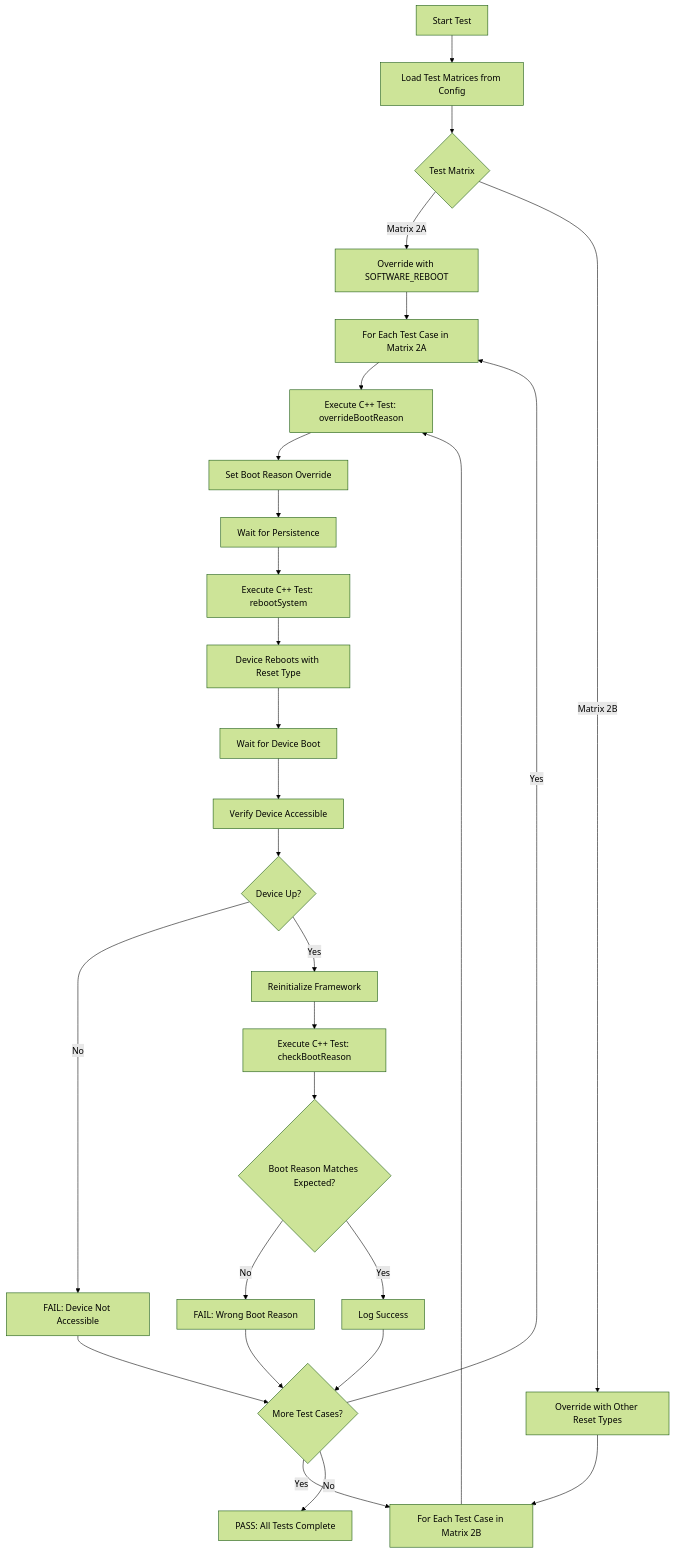
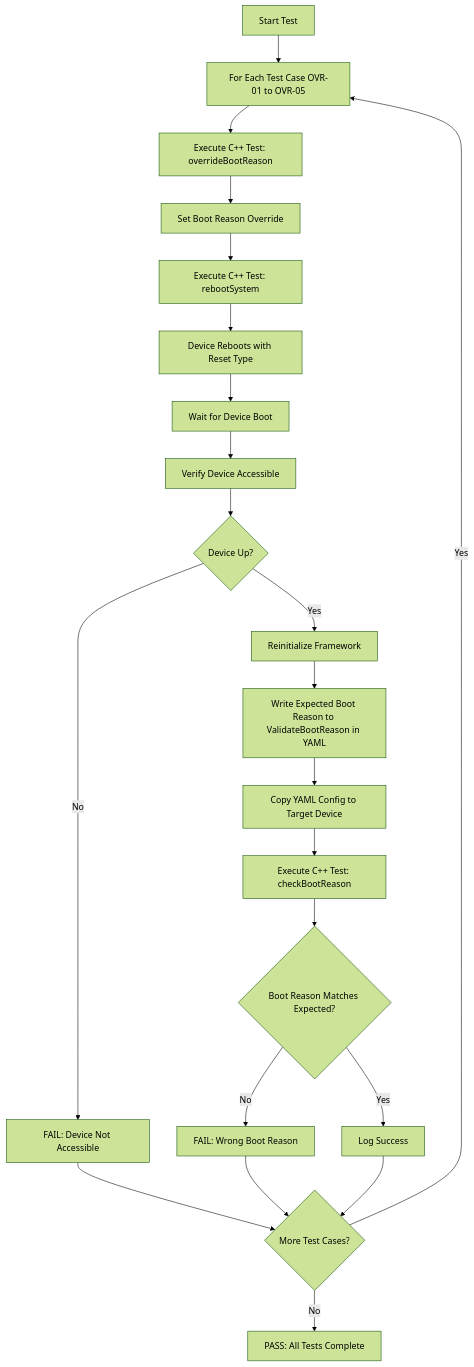
One commit to rdkcentral/rdk-halif-aidl-test-boot changed the fourth of 4 diagrams in docs/pages/vts_boot_L1_L2_L3_TestProcedure.md. Above: the diagram before and after it, drawn with Mermaid (forest theme). The commit also changed other lines of this file and 17 other files, not shown here.

````diff
--- a/docs/pages/vts_boot_L1_L2_L3_TestProcedure.md
+++ b/docs/pages/vts_boot_L1_L2_L3_TestProcedure.md
@@ -463,30 +492,24 @@
 ```mermaid
 graph TD
-    A[Start Test] --> B[Load Test Matrices from Config]
-    B --> C{Test Matrix}
-    C -->|Matrix 2A| D[Override with SOFTWARE_REBOOT]
-    C -->|Matrix 2B| E[Override with Other Reset Types]
-    D --> F[For Each Test Case in Matrix 2A]
-    E --> G[For Each Test Case in Matrix 2B]
-    F --> H[Execute C++ Test: overrideBootReason]
-    G --> H
-    H --> I[Set Boot Reason Override]
-    I --> J[Wait for Persistence]
-    J --> K[Execute C++ Test: rebootSystem]
-    K --> L[Device Reboots with Reset Type]
-    L --> M[Wait for Device Boot]
-    M --> N[Verify Device Accessible]
-    N --> O{Device Up?}
-    O -->|No| P[FAIL: Device Not Accessible]
-    O -->|Yes| Q[Reinitialize Framework]
-    Q --> R[Execute C++ Test: checkBootReason]
+    A[Start Test] --> B[For Each Test Case OVR-01 to OVR-05]
+    B --> C[Execute C++ Test: overrideBootReason]
+    C --> D[Set Boot Reason Override]
+    D --> E[Execute C++ Test: rebootSystem]
+    E --> F[Device Reboots with Reset Type]
+    F --> G[Wait for Device Boot]
+    G --> H[Verify Device Accessible]
+    H --> I{Device Up?}
+    I -->|No| J[FAIL: Device Not Accessible]
+    I -->|Yes| K[Reinitialize Framework]
+    K --> QW[Write Expected Boot Reason to ValidateBootReason in YAML]
+    QW --> QC[Copy YAML Config to Target Device]
+    QC --> R[Execute C++ Test: checkBootReason]
     R --> S{Boot Reason Matches Expected?}
     S -->|No| T[FAIL: Wrong Boot Reason]
     S -->|Yes| U[Log Success]
     U --> V{More Test Cases?}
-    P --> V
+    J --> V
     T --> V
-    V -->|Yes| F
-    V -->|Yes| G
+    V -->|Yes| B
     V -->|No| W[PASS: All Tests Complete]
 ```
````
